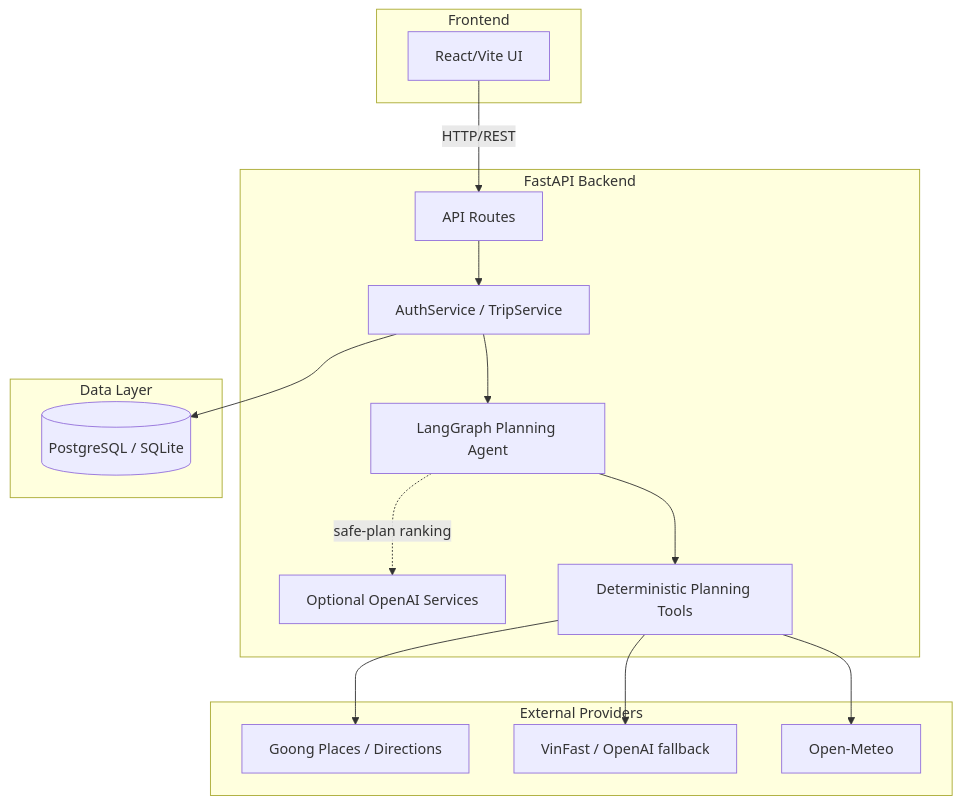
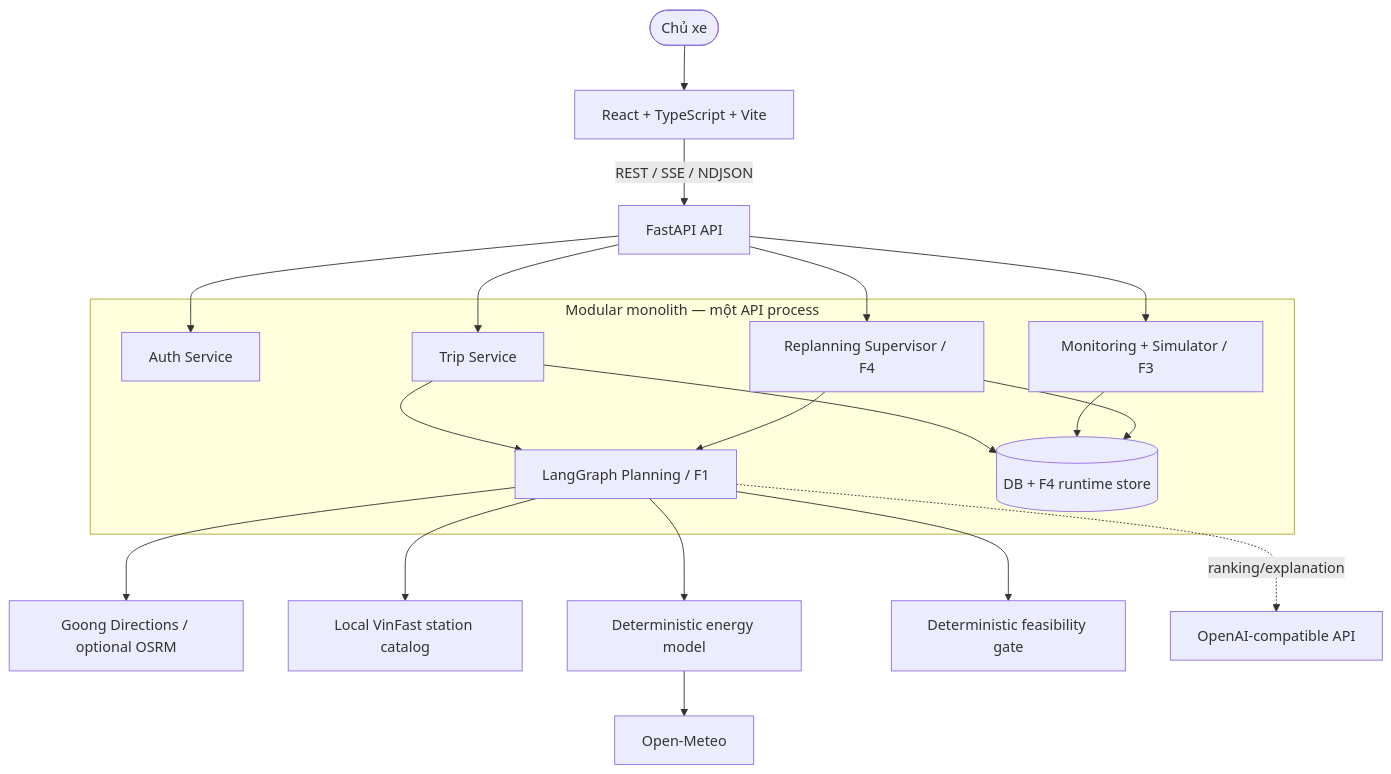
One commit to hoangnph951/Deploy_EV changed the first of 2 diagrams in ARCHITECTURE.md. Above: the diagram before and after it, drawn with Mermaid. The commit also changed other lines of this file and 106 other files, not shown here.

````diff
--- a/ARCHITECTURE.md
+++ b/ARCHITECTURE.md
@@ -9,34 +13,31 @@
 ```mermaid
-graph TB
-    subgraph Frontend
-        UI[React/Vite UI]
+flowchart TB
+    Owner([Chủ xe]) --> Web[React + TypeScript + Vite]
+    Web -->|REST / SSE / NDJSON| API[FastAPI API]
+
+    subgraph Runtime[Modular monolith — một API process]
+        Auth[Auth Service]
+        Trip[Trip Service]
+        Planning[LangGraph Planning / F1]
+        Monitor[Monitoring + Simulator / F3]
+        Replan[Replanning Supervisor / F4]
+        Store[(DB + F4 runtime store)]
     end
 
-    subgraph Backend[FastAPI Backend]
-        API[API Routes]
-        Services[AuthService / TripService]
-        Agent[LangGraph Planning Agent]
-        LLM[Optional OpenAI Services]
-        Tools[Deterministic Planning Tools]
-    end
+    API --> Auth
+    API --> Trip
+    API --> Monitor
+    API --> Replan
+    Trip --> Planning
+    Replan --> Planning
+    Trip --> Store
+    Monitor --> Store
+    Replan --> Store
 
-    subgraph Data[Data Layer]
-        DB[(PostgreSQL / SQLite)]
-    end
-
-    subgraph Providers[External Providers]
-        Goong[Goong Places / Directions]
-        Stations[VinFast / OpenAI fallback]
-        Meteo[Open-Meteo]
-    end
-
-    UI -->|HTTP/REST| API
-    API --> Services
-    Services --> Agent
-    Agent --> Tools
-    Agent -. safe-plan ranking .-> LLM
-    Tools --> Goong
-    Tools --> Stations
-    Tools --> Meteo
-    Services --> DB
+    Planning --> Route[Goong Directions / optional OSRM]
+    Planning --> Station[Local VinFast station catalog]
+    Planning --> Energy[Deterministic energy model]
+    Planning --> Feas[Deterministic feasibility gate]
+    Energy --> Weather[Open-Meteo]
+    Planning -. ranking/explanation .-> LLM[OpenAI-compatible API]
 ```
````
